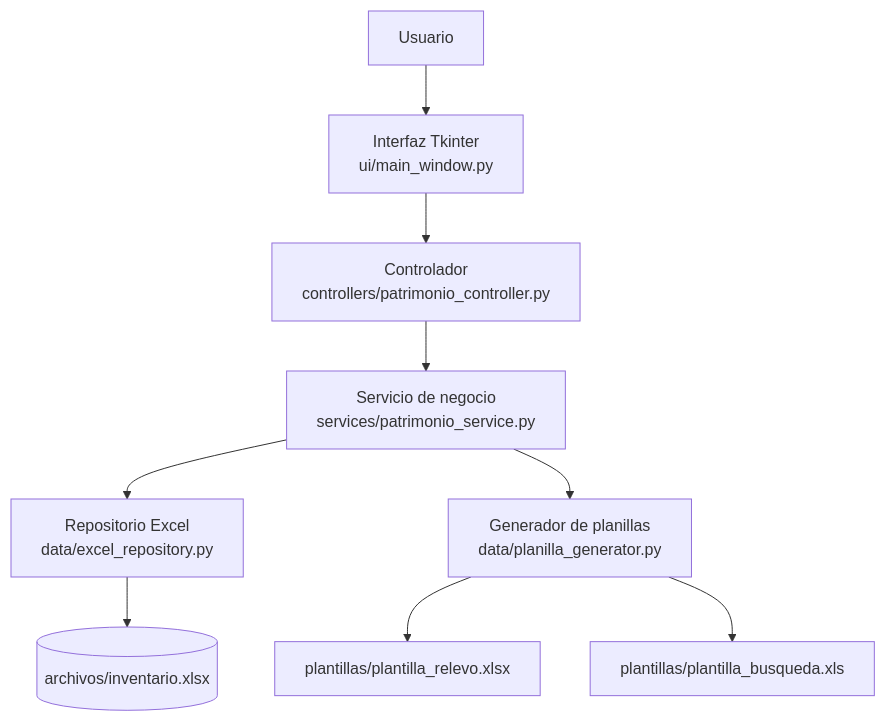
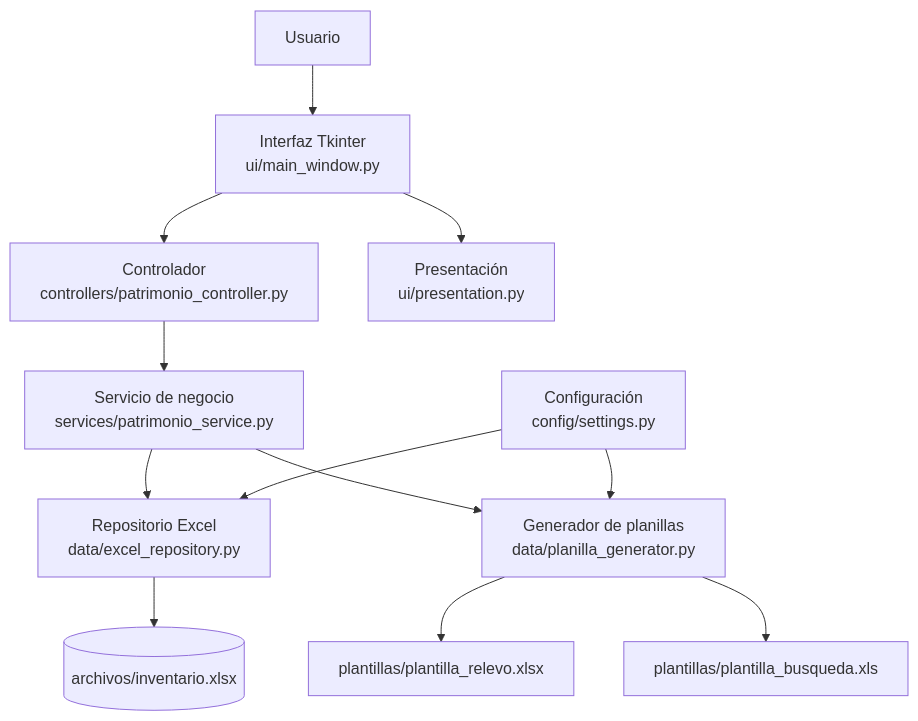
Before and after one commit to suministros362/Proy_Scan_Patrimonio: the first of 3 diagrams in README.md, drawn with Mermaid. The commit also changed other lines of this file and 60 other files, not shown here.

````diff
--- a/README.md
+++ b/README.md
@@ -121,11 +121,14 @@
 ```mermaid
 flowchart TD
     A[Usuario] --> B[Interfaz Tkinter\nui/main_window.py]
     B --> C[Controlador\ncontrollers/patrimonio_controller.py]
     C --> D[Servicio de negocio\nservices/patrimonio_service.py]
+    B --> P[Presentación\nui/presentation.py]
     D --> E[Repositorio Excel\ndata/excel_repository.py]
     D --> F[Generador de planillas\ndata/planilla_generator.py]
+    S[Configuración\nconfig/settings.py] --> E
+    S --> F
     E --> G[(archivos/inventario.xlsx)]
     F --> H[plantillas/plantilla_relevo.xlsx]
     F --> I[plantillas/plantilla_busqueda.xls]
 ```
````
